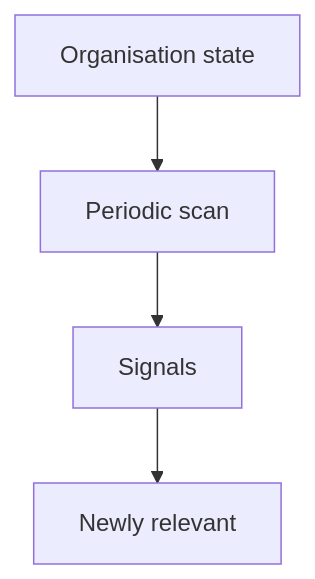
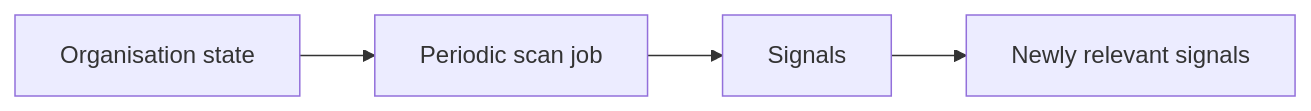
The third of 4 diagrams in README.md (VIVEK-MARRI/ThreadLine), drawn with Mermaid before and after one commit. The commit also changed other lines of this file, not shown here.

Commit message:
docs: redesign root README - evidence-first product overview, proof-based architecture diagrams, and honest quick start

````diff
--- a/README.md
+++ b/README.md
@@ -66,6 +56,6 @@
 ```mermaid
-flowchart TD
-    S[Organisation state] --> P[Periodic scan]
+flowchart LR
+    S[Organisation state] --> P[Periodic scan job]
     P --> Sig[Signals]
-    Sig --> N[Newly relevant]
+    Sig --> N[Newly relevant signals]
 ```
````
